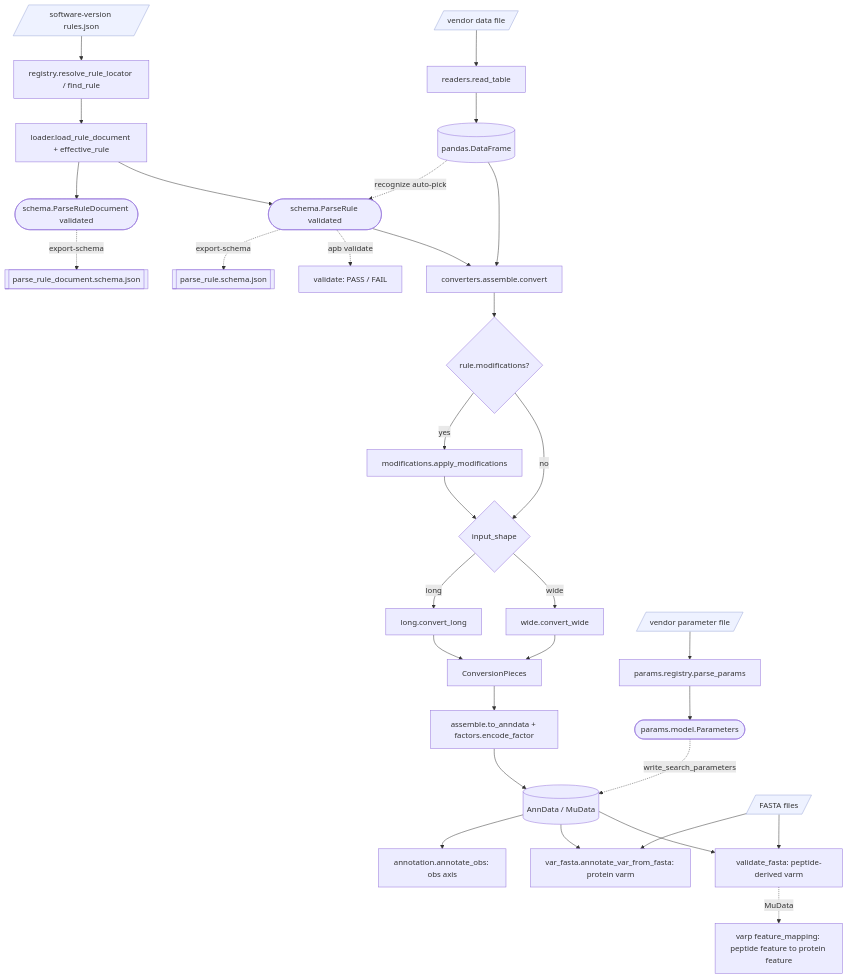
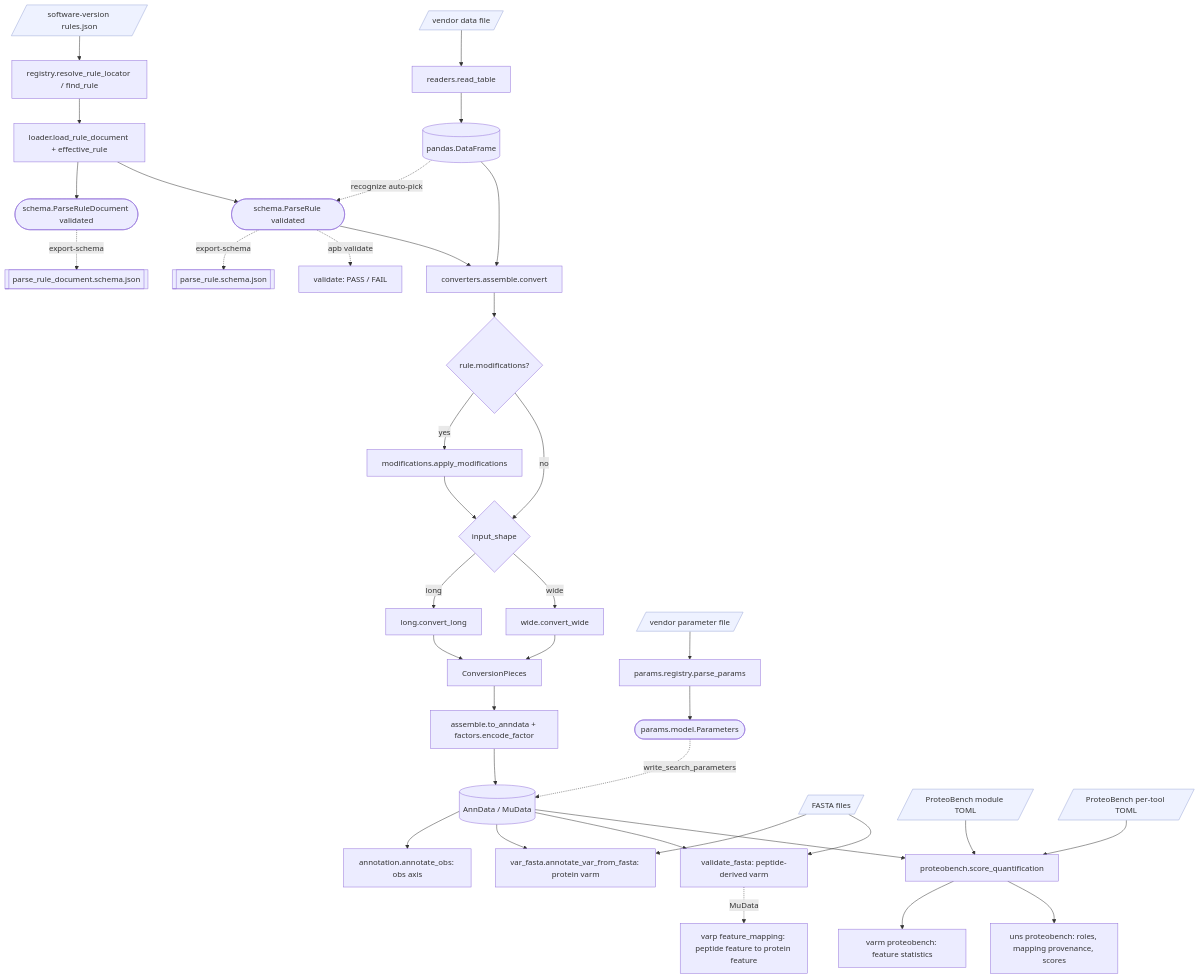
The diagram in docs/ARCHITECTURE.md (anndata-omics-bridge/anndata-proteomics-bridge), drawn with Mermaid before and after one commit. The commit also changed other lines of this file and 26 other files, not shown here.

Commit message:
feat: add ProteoBench scoring

````diff
--- a/docs/ARCHITECTURE.md
+++ b/docs/ARCHITECTURE.md
@@ -13,41 +14,47 @@
 ```mermaid
 flowchart TD
     config[/software-version rules.json/] --> resolve[registry.resolve_rule_locator / find_rule]
     resolve --> load[loader.load_rule_document + effective_rule]
     load --> source([schema.ParseRuleDocument validated])
     load --> rule([schema.ParseRule validated])
     source -. export-schema .-> sourceschema[[parse_rule_document.schema.json]]
     rule -. export-schema .-> schemajson[[parse_rule.schema.json]]
     rule -. apb validate .-> val[validate: PASS / FAIL]
 
     data[/vendor data file/] --> readtable[readers.read_table]
     readtable --> df[(pandas.DataFrame)]
     df -. recognize auto-pick .-> rule
 
     df --> convert[converters.assemble.convert]
     rule --> convert
     convert --> mods{rule.modifications?}
     mods -->|yes| applymods[modifications.apply_modifications]
     mods -->|no| shape{input_shape}
     applymods --> shape
     shape -->|long| long[long.convert_long]
     shape -->|wide| wide[wide.convert_wide]
     long --> pieces[ConversionPieces]
     wide --> pieces
     pieces --> assemble[assemble.to_anndata + factors.encode_factor]
     assemble --> adata[(AnnData / MuData)]
 
     paramfile[/vendor parameter file/] --> parseparams[params.registry.parse_params]
     parseparams --> params([params.model.Parameters])
     params -. write_search_parameters .-> adata
 
     adata --> annobs[annotation.annotate_obs: obs axis]
     fastafile[/FASTA files/] --> annvar[var_fasta.annotate_var_from_fasta: protein varm]
     adata --> annvar
     fastafile --> valfasta[validate_fasta: peptide-derived varm]
     adata --> valfasta
     valfasta -. MuData .-> mulink[varp feature_mapping: peptide feature to protein feature]
 
+    moduletoml[/ProteoBench module TOML/] --> pbscore[proteobench.score_quantification]
+    tooltoml[/ProteoBench per-tool TOML/] --> pbscore
+    adata --> pbscore
+    pbscore --> pbvarm[varm proteobench: feature statistics]
+    pbscore --> pbuns[uns proteobench: roles, mapping provenance, scores]
+
     classDef io fill:#eef2ff,stroke:#9aa7d8;
-    class config,data,paramfile,fastafile io;
+    class config,data,paramfile,fastafile,moduletoml,tooltoml io;
 ```
````
